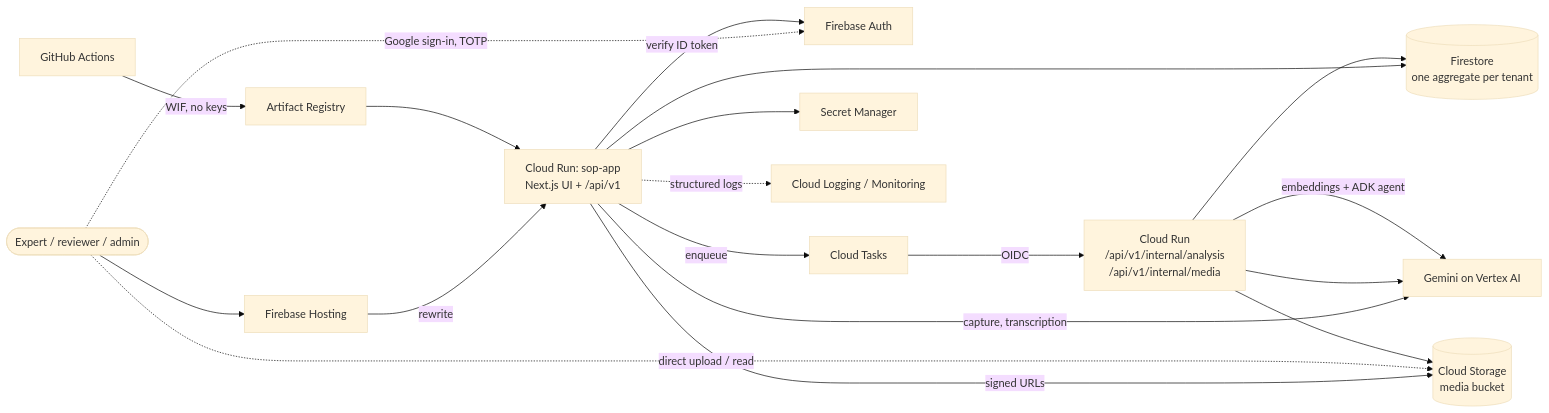
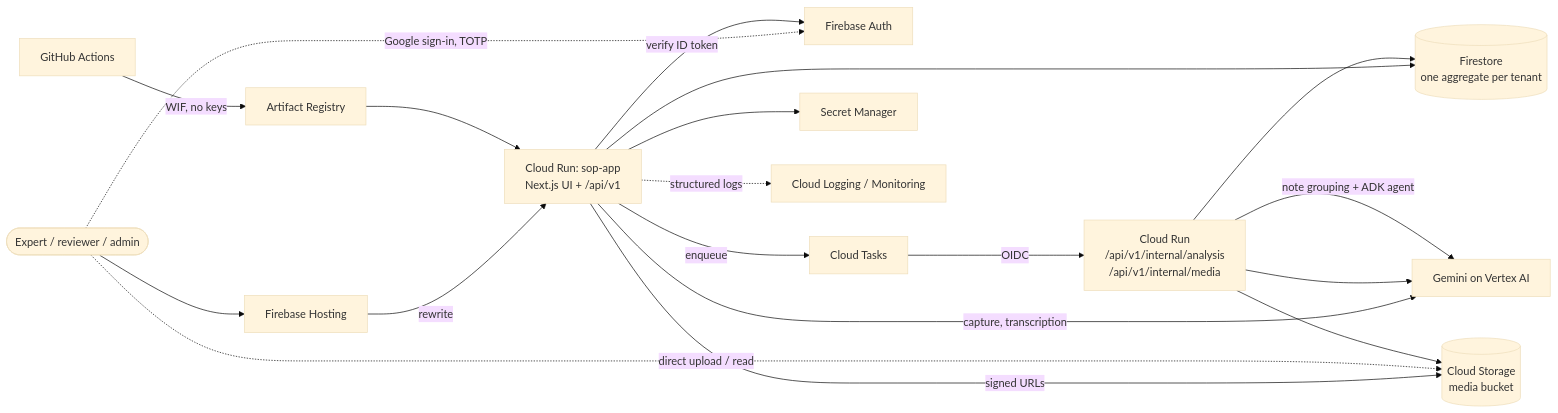
Before and after one commit to BooManLag/sop-maker: the first of 5 diagrams in ARCHITECTURE.md, drawn with Mermaid (base theme). The commit also changed other lines of this file and 19 other files, not shown here.

````diff
--- a/ARCHITECTURE.md
+++ b/ARCHITECTURE.md
@@ -35,20 +35,20 @@
 ```mermaid
 flowchart LR
   user([Expert / reviewer / admin]) --> hosting[Firebase Hosting]
   hosting -->|rewrite| run["Cloud Run: sop-app<br/>Next.js UI + /api/v1"]
   user -. Google sign-in, TOTP .-> fauth[Firebase Auth]
   run -->|verify ID token| fauth
   run --> fs[("Firestore<br/>one aggregate per tenant")]
   run -->|signed URLs| gcs[("Cloud Storage<br/>media bucket")]
   user -. direct upload / read .-> gcs
   run -->|capture, transcription| gemini[Gemini on Vertex AI]
   run -->|enqueue| tasks[Cloud Tasks]
   tasks -->|OIDC| worker["Cloud Run<br/>/api/v1/internal/analysis<br/>/api/v1/internal/media"]
   worker --> gemini
-  worker -->|embeddings + ADK agent| gemini
+  worker -->|note grouping + ADK agent| gemini
   worker --> fs
   worker --> gcs
   run --> sm[Secret Manager]
   run -. structured logs .-> mon[Cloud Logging / Monitoring]
   gh[GitHub Actions] -->|WIF, no keys| ar[Artifact Registry] --> run
 ```
````
